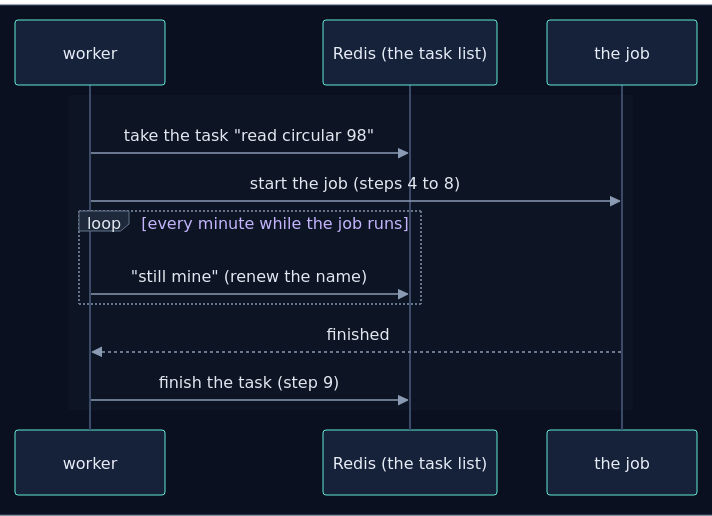
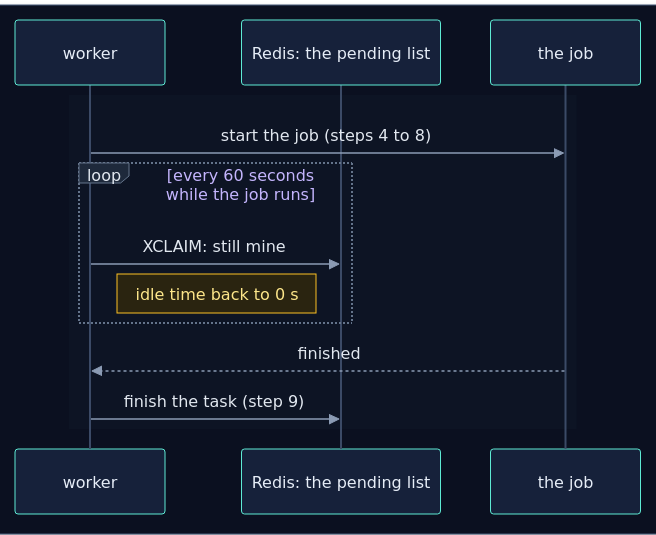
One commit to selvakumarperumal/Regulatory_Circular_Impact_Agent changed the sixth of 43 diagrams in backend/worker/INTERNALS.md. Above: the diagram before and after it, drawn with Mermaid. The commit also changed other lines of this file and 2 other files, not shown here.

````diff
--- a/backend/worker/INTERNALS.md
+++ b/backend/worker/INTERNALS.md
@@ -320,19 +376,19 @@
 ```mermaid
 %%{init: {"theme": "base", "sequence": {"diagramMarginX": 0, "diagramMarginY": 0}, "themeVariables": {"darkMode": true, "primaryColor": "#16213a", "primaryTextColor": "#e6edf7", "primaryBorderColor": "#475a7a", "lineColor": "#8b9bb4", "secondaryColor": "#1b2436", "tertiaryColor": "#101a2e", "edgeLabelBackground": "#0f172a", "textColor": "#e2e8f0", "actorBkg": "#16213a", "actorBorder": "#5eead4", "actorTextColor": "#e6edf7", "actorLineColor": "#3b4a66", "signalColor": "#8b9bb4", "signalTextColor": "#e2e8f0", "noteBkgColor": "#2a2410", "noteBorderColor": "#fbbf24", "noteTextColor": "#fde68a", "labelBoxBkgColor": "#1e293b", "labelBoxBorderColor": "#64748b", "labelTextColor": "#e2e8f0", "loopTextColor": "#c4b5fd", "sequenceNumberColor": "#0b1020", "activationBkgColor": "#1e293b"}}}%%
 sequenceDiagram
     box rgb(11, 16, 32)
         participant K as worker
-        participant R as Redis (the task list)
+        participant R as Redis: the pending list
         participant J as the job
     end
 
     rect rgb(13, 20, 36)
-        K->>R: take the task "read circular 98"
         K->>J: start the job (steps 4 to 8)
-        loop every minute while the job runs
-            K->>R: "still mine" (renew the name)
+        loop every 60 seconds while the job runs
+            K->>R: XCLAIM: still mine
+            Note left of R: idle time back to 0 s
         end
         J-->>K: finished
         K->>R: finish the task (step 9)
     end
 ```
````
